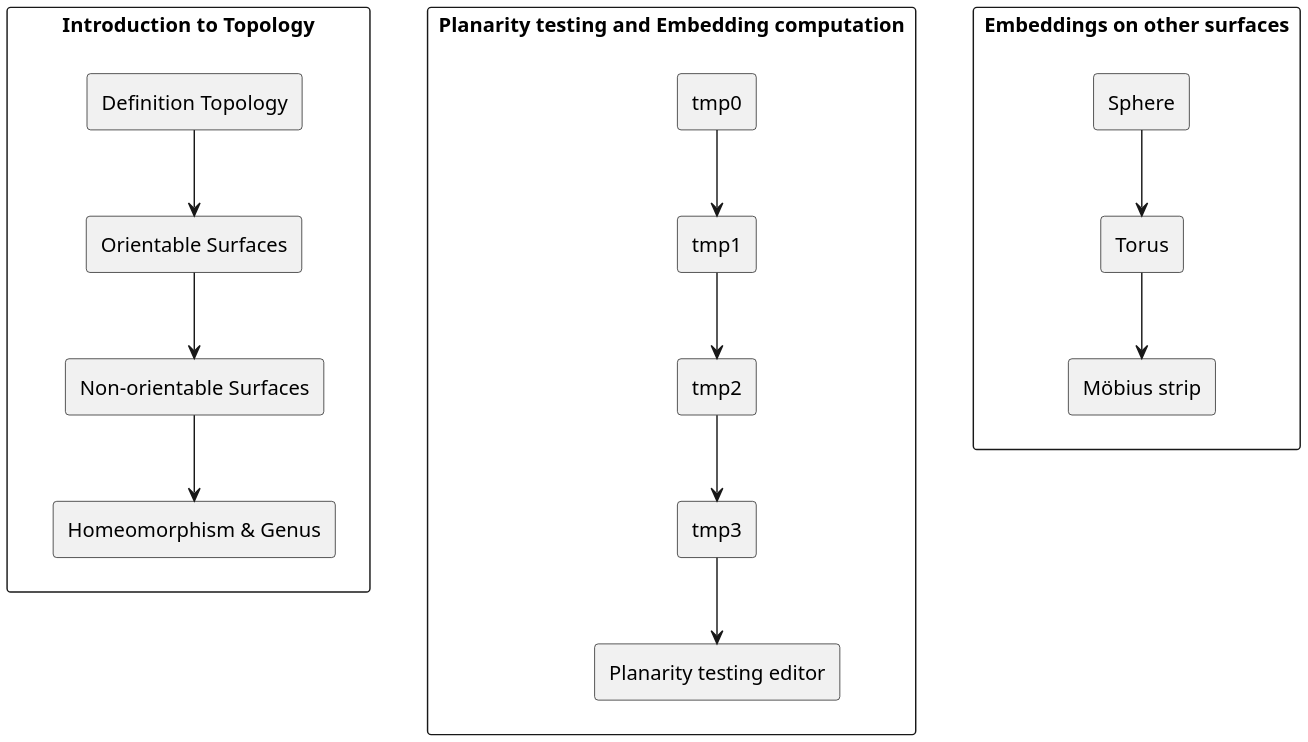
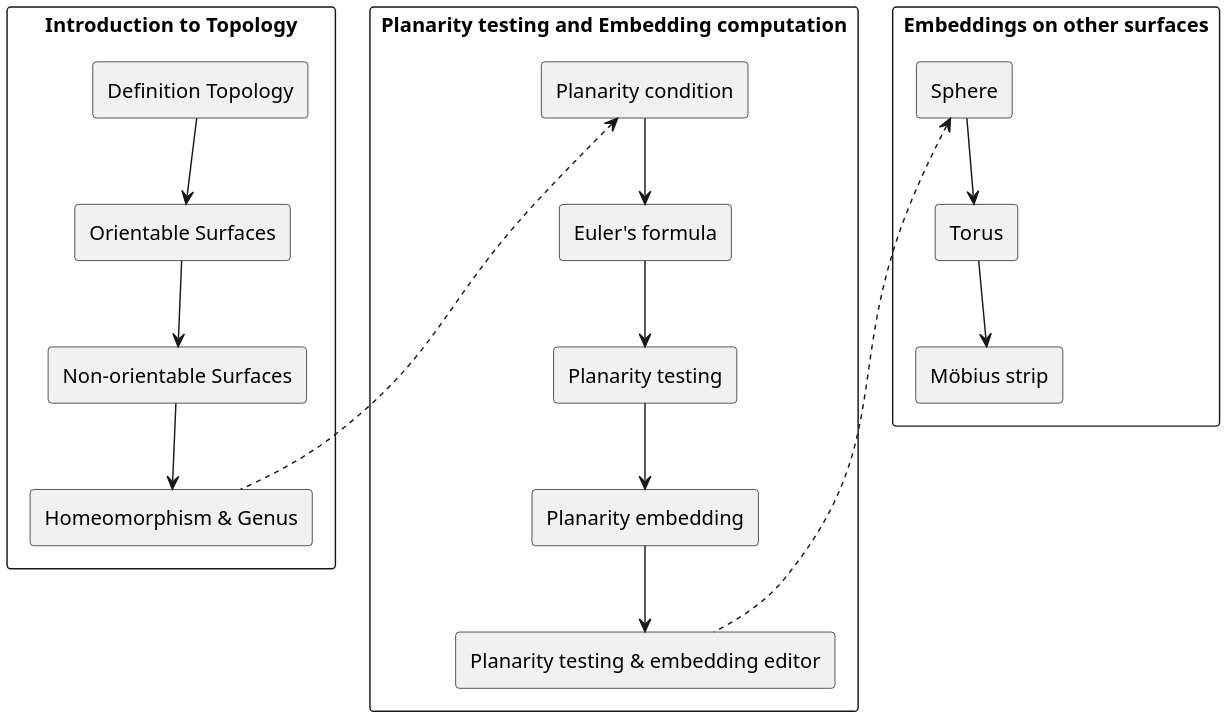
One commit to Unleqit/TopologicalGraphTheoryVisualizer changed the diagram in docs/modules.puml. Above: the diagram before and after it, drawn with PlantUML. The commit also changed 31 other files, not shown here.

Commit message:
feat: add planarity condition graph visualization and fixed some issues

```diff
--- a/docs/modules.puml
+++ b/docs/modules.puml
@@ -1,52 +1,56 @@
 @startuml
 
 scale max 4096 width
 scale max 4096 height
 scale 2
 
 skinparam backgroundColor transparent
 skinparam shadowing false
 
 skinparam rectangle {
 }
 
 rectangle "Introduction to Topology" {
 rectangle "Definition Topology"
 rectangle "Orientable Surfaces"
 rectangle "Non-orientable Surfaces"
 rectangle "Homeomorphism & Genus"
 
 "Definition Topology" -down-> "Orientable Surfaces"
 "Orientable Surfaces" -down-> "Non-orientable Surfaces"
 "Non-orientable Surfaces" -down-> "Homeomorphism & Genus"
 
 }
 
 rectangle "Planarity testing and Embedding computation" {
-rectangle "tmp0"
-rectangle "tmp1"
-rectangle "tmp2"
-rectangle "tmp3"
-rectangle "Planarity testing editor"
+rectangle "Planarity condition"
+rectangle "Euler's formula"
+rectangle "Planarity testing"
+rectangle "Planarity embedding"
+rectangle "Planarity testing & embedding editor"
 
-"tmp0" -down-> "tmp1"
-"tmp1" -down-> "tmp2"
-"tmp2" -down-> "tmp3"
-"tmp3" -down-> "Planarity testing editor"
+"Planarity condition" -down-> "Euler's formula"
+"Euler's formula" -down-> "Planarity testing"
+"Planarity testing" -down-> "Planarity embedding"
+"Planarity embedding" -down-> "Planarity testing & embedding editor"
 
 }
 
 rectangle "Embeddings on other surfaces" {
 rectangle "Sphere"
 rectangle "Torus"
 rectangle "Möbius strip"
 
 "Sphere" -down-> "Torus"
 "Torus" -down-> "Möbius strip"
 }
 
-"Introduction to Topology" -[hidden]right-> "Planarity testing and Embedding computation"
-"Planarity testing and Embedding computation" -[hidden]right-> "Embeddings on other surfaces"
+"Definition Topology" -[hidden]right-> "Planarity condition"
+"Homeomorphism & Genus" -[hidden]right-> "Planarity testing & embedding editor"
+"Planarity condition" -[hidden]right-> "Sphere"
+"Planarity condition" -[hidden]right-> "Sphere"
+"Planarity testing & embedding editor" -[hidden]up-> "Möbius strip"
 
-
+"Homeomorphism & Genus" .up.> "Planarity condition"
+"Planarity testing & embedding editor" ..up..> Sphere
 @enduml
```
